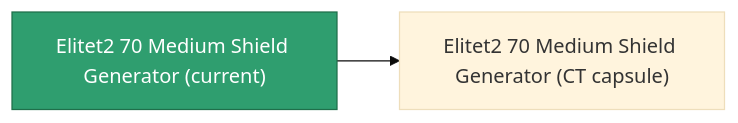
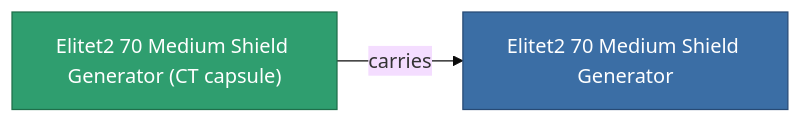
The diagram in content/content/items/elitet2_70_medium_shield_generator.md (OpenPerpetuum/Wiki), drawn with Mermaid (base theme) before and after one commit. The commit also changed other lines of this file and 2015 other files, not shown here.

````diff
--- a/content/content/items/elitet2_70_medium_shield_generator.md
+++ b/content/content/items/elitet2_70_medium_shield_generator.md
@@ -37,8 +37,9 @@
 ```mermaid
 graph LR
-    a["Elitet2 70 Medium Shield Generator (current)"]:::current
-    b["Elitet2 70 Medium Shield Generator (CT capsule)"]
-    a --> b
-    click b "/content/items/elitet2-70-medium-shield-generator-ct-capsule/" "Elitet2 70 Medium Shield Generator (CT capsule)"
+    a["Elitet2 70 Medium Shield Generator (CT capsule)"]:::current
+    b["Elitet2 70 Medium Shield Generator"]:::finished
+    a -->|carries| b
+                click b "/content/items/elitet2-70-medium-shield-generator/" "Elitet2 70 Medium Shield Generator"
     classDef current fill:#2f9e6f,stroke:#1f6f4a,color:#ffffff
+    classDef finished fill:#3b6ea5,stroke:#274a75,color:#ffffff
 ```
````
